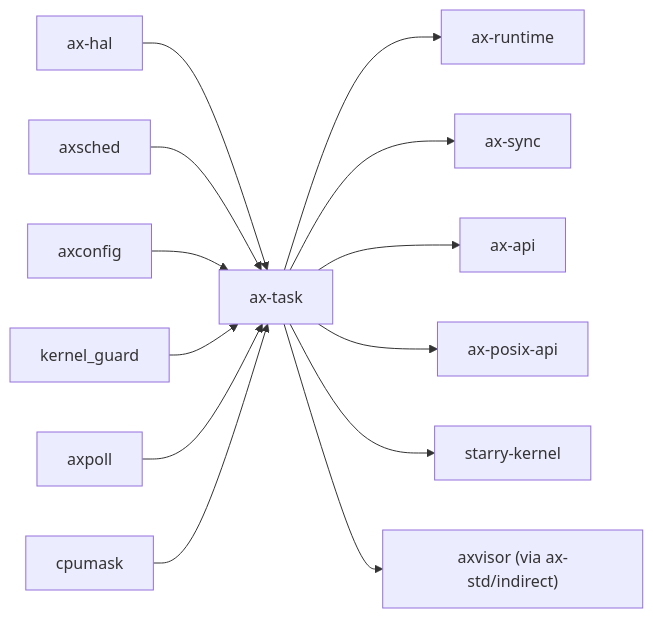
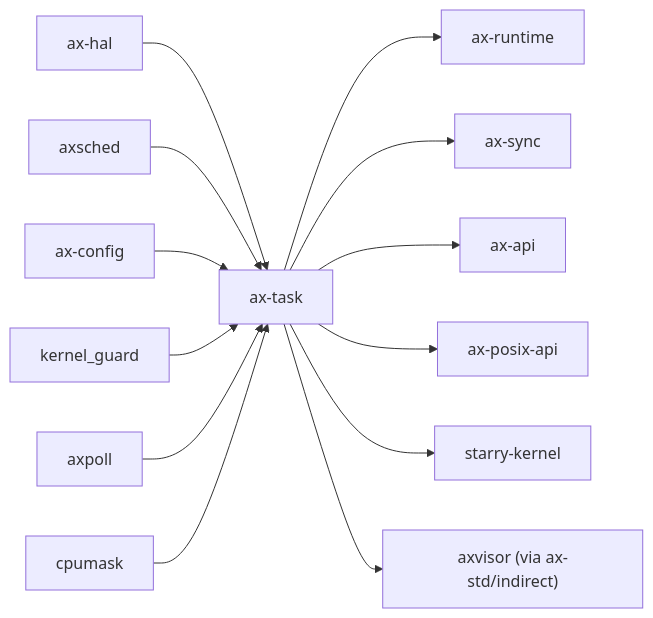
The second of 2 diagrams in docs/crates/ax-task.md (zKurisu/tgoskits), drawn with Mermaid before and after one commit. The commit also changed 65 other files, not shown here.

Commit message:
rename axconfig to ax-config

````diff
--- a/docs/crates/ax-task.md
+++ b/docs/crates/ax-task.md
@@ -122,16 +122,16 @@
 ```mermaid
 graph LR
     ax-hal["ax-hal"] --> ax-task["ax-task"]
     axsched["axsched"] --> ax-task
-    axconfig["axconfig"] --> ax-task
+    axconfig["ax-config"] --> ax-task
     kernel_guard["kernel_guard"] --> ax-task
     axpoll["axpoll"] --> ax-task
     cpumask["cpumask"] --> ax-task
 
     ax-task --> ax-runtime["ax-runtime"]
     ax-task --> ax-sync["ax-sync"]
     ax-task --> ax-api["ax-api"]
     ax-task --> ax-posix-api["ax-posix-api"]
     ax-task --> starry["starry-kernel"]
     ax-task --> axvisor["axvisor (via ax-std/indirect)"]
 ```
````
